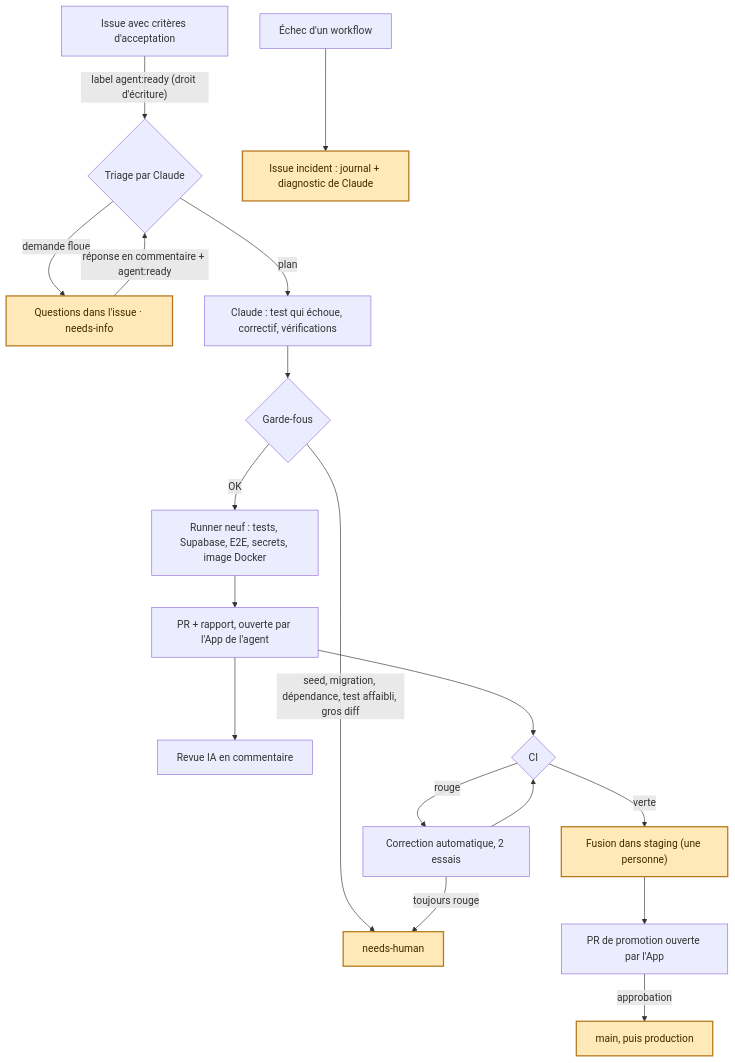
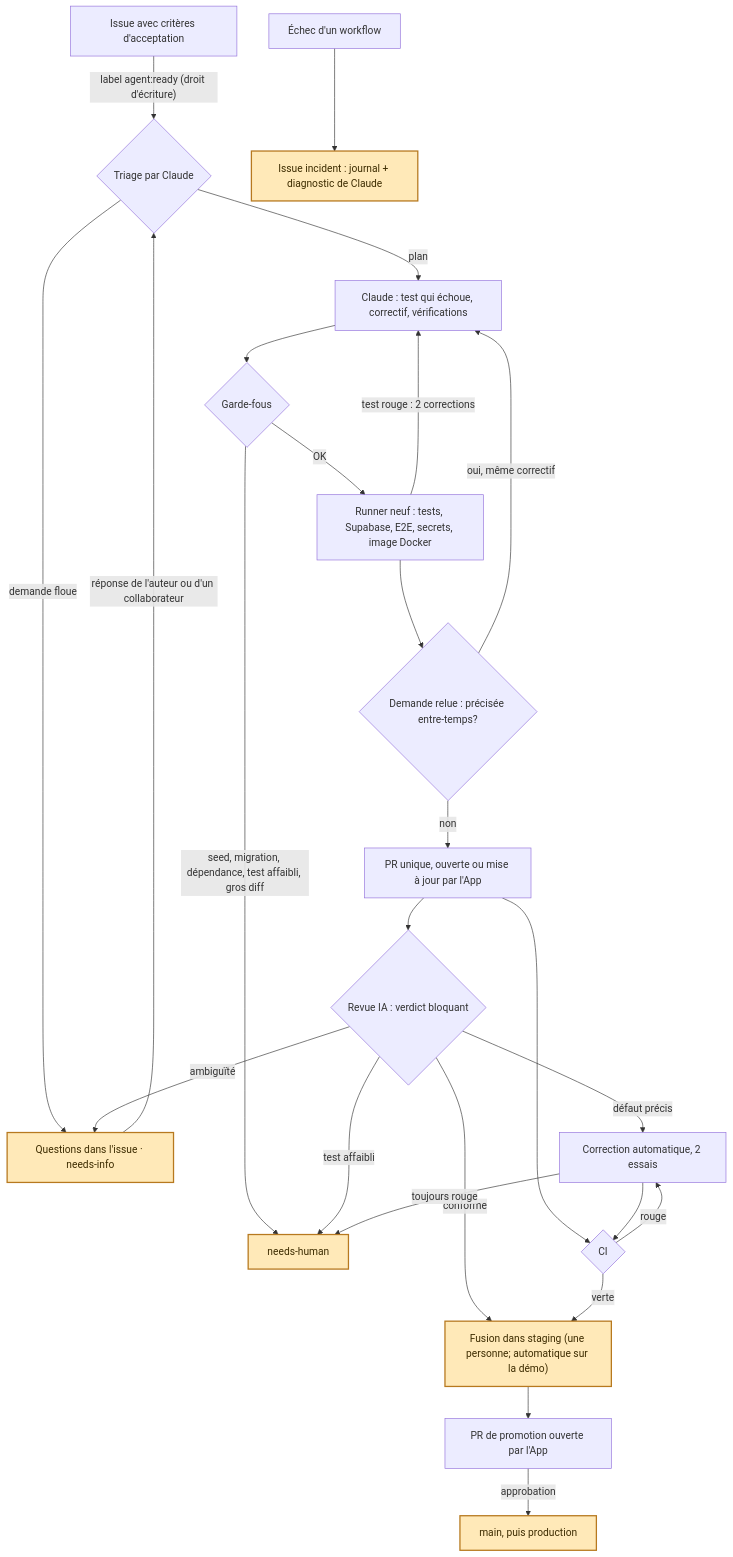
The diagram in README.md (idobeprogramming/peopleflow), drawn with Mermaid before and after one commit. The commit also changed other lines of this file and 25 other files, not shown here.

````diff
--- a/README.md
+++ b/README.md
@@ -58,22 +58,29 @@
 ```mermaid
 flowchart TD
   I["Issue avec critères d'acceptation"] -->|"label agent:ready (droit d'écriture)"| T{"Triage par Claude"}
   T -->|"demande floue"| Q["Questions dans l'issue · needs-info"]
-  Q -->|"réponse en commentaire + agent:ready"| T
+  Q -->|"réponse de l'auteur ou d'un collaborateur"| T
   T -->|"plan"| C["Claude : test qui échoue, correctif, vérifications"]
   C --> G{"Garde-fous"}
   G -->|"seed, migration, dépendance, test affaibli, gros diff"| H["needs-human"]
   G -->|"OK"| V["Runner neuf : tests, Supabase, E2E, secrets, image Docker"]
-  V --> P["PR + rapport, ouverte par l'App de l'agent"]
-  P --> R["Revue IA en commentaire"]
+  V -->|"test rouge : 2 corrections"| C
+  V --> S{"Demande relue : précisée entre-temps?"}
+  S -->|"oui, même correctif"| C
+  S -->|"non"| P["PR unique, ouverte ou mise à jour par l'App"]
+  P --> R{"Revue IA : verdict bloquant"}
+  R -->|"défaut précis"| F
+  R -->|"ambiguïté"| Q
+  R -->|"test affaibli"| H
+  R -->|"conforme"| M
   P --> CI{"CI"}
   CI -->|"rouge"| F["Correction automatique, 2 essais"]
   F --> CI
   F -->|"toujours rouge"| H
-  CI -->|"verte"| M["Fusion dans staging (une personne)"]
+  CI -->|"verte"| M["Fusion dans staging (une personne; automatique sur la démo)"]
   M --> PR["PR de promotion ouverte par l'App"]
   PR -->|"approbation"| PROD["main, puis production"]
   X["Échec d'un workflow"] --> INC["Issue incident : journal + diagnostic de Claude"]
   classDef human fill:#ffe9b8,stroke:#b7791f,stroke-width:2px,color:#3d2c00
   class M,PROD,H,INC,Q human
 ```
````
